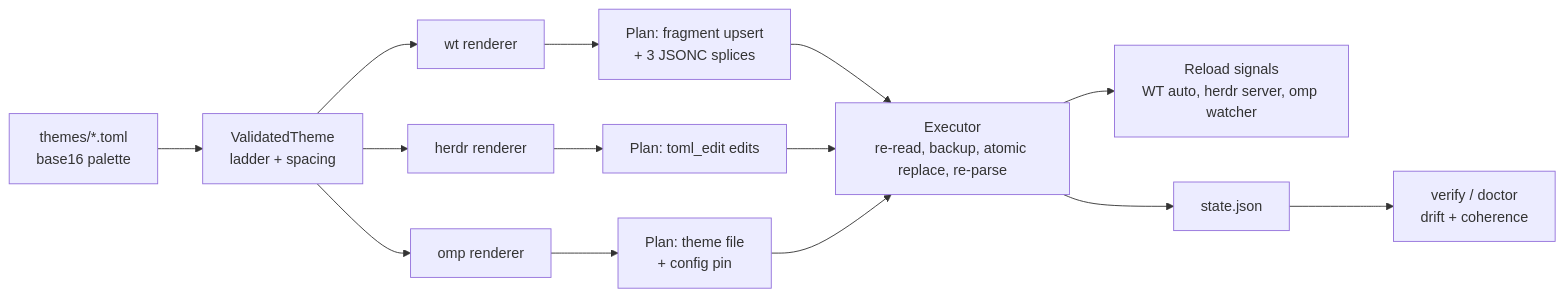
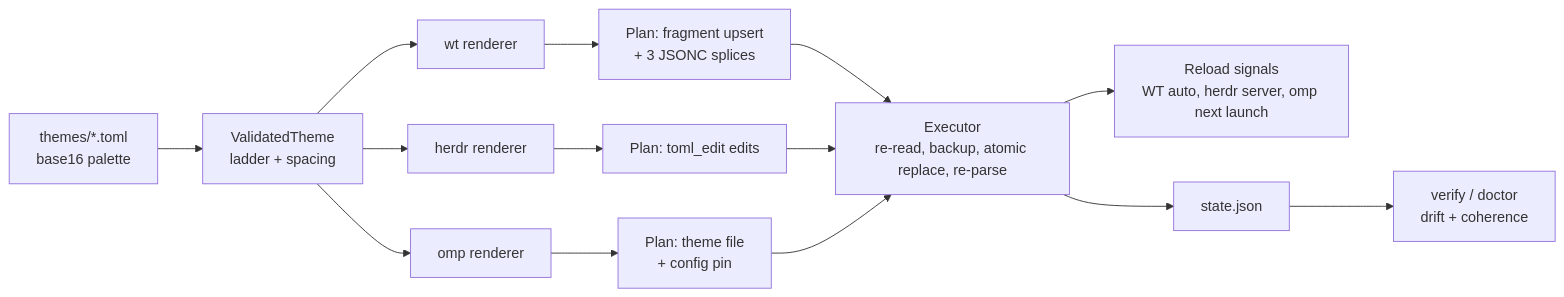
Before and after one commit to BojanSpa/onecoat: the diagram in docs/architecture.md, drawn with Mermaid. The commit also changed other lines of this file and 6 other files, not shown here.

````diff
--- a/docs/architecture.md
+++ b/docs/architecture.md
@@ -7,16 +7,16 @@
 ```mermaid
 graph LR
   T["themes/*.toml<br/>base16 palette"] --> V["ValidatedTheme<br/>ladder + spacing"]
   V --> RW["wt renderer"]
   V --> RH["herdr renderer"]
   V --> RO["omp renderer"]
   RW --> PW["Plan: fragment upsert<br/>+ 3 JSONC splices"]
   RH --> PH["Plan: toml_edit edits"]
   RO --> PO["Plan: theme file<br/>+ config pin"]
   PW --> X["Executor<br/>re-read, backup, atomic replace, re-parse"]
   PH --> X
   PO --> X
-  X --> S["Reload signals<br/>WT auto, herdr server, omp watcher"]
+  X --> S["Reload signals<br/>WT auto, herdr server, omp next launch"]
   X --> ST["state.json"]
   ST --> VER["verify / doctor<br/>drift + coherence"]
 ```
````
